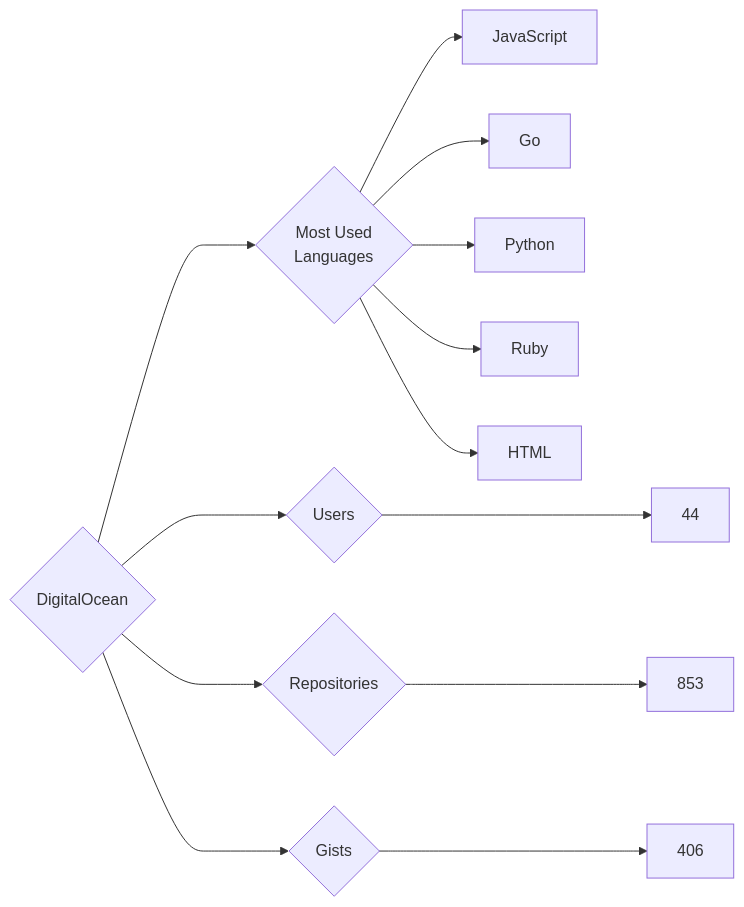
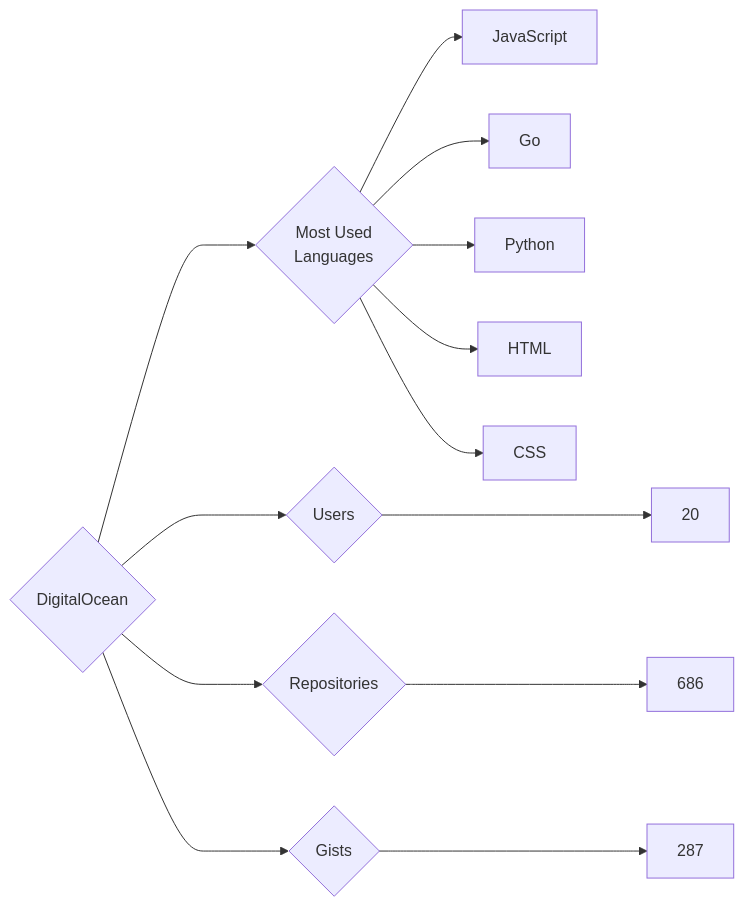
The diagram in targets/DigitalOcean/README.md (trickest/insiders), drawn with Mermaid before and after one commit. The commit also changed 614 other files, not shown here.

````diff
--- a/targets/DigitalOcean/README.md
+++ b/targets/DigitalOcean/README.md
@@ -3,13 +3,13 @@
 ```mermaid
 graph LR
 COMPANY_NAME{DigitalOcean}
-COMPANY_NAME ---> U{Users} ---> UN[44]
-COMPANY_NAME ---> R{Repositories} ---> RN[853]
-COMPANY_NAME ---> G{Gists} ---> GN[406]
+COMPANY_NAME ---> U{Users} ---> UN[20]
+COMPANY_NAME ---> R{Repositories} ---> RN[686]
+COMPANY_NAME ---> G{Gists} ---> GN[287]
 COMPANY_NAME ---> ML{Most Used<br>Languages}
 ML --> JavaScript[JavaScript]
 ML --> Go[Go]
 ML --> Python[Python]
-ML --> Ruby[Ruby]
 ML --> HTML[HTML]
+ML --> CSS[CSS]
 ```
````
